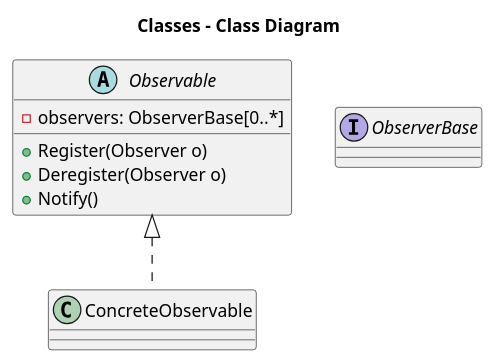
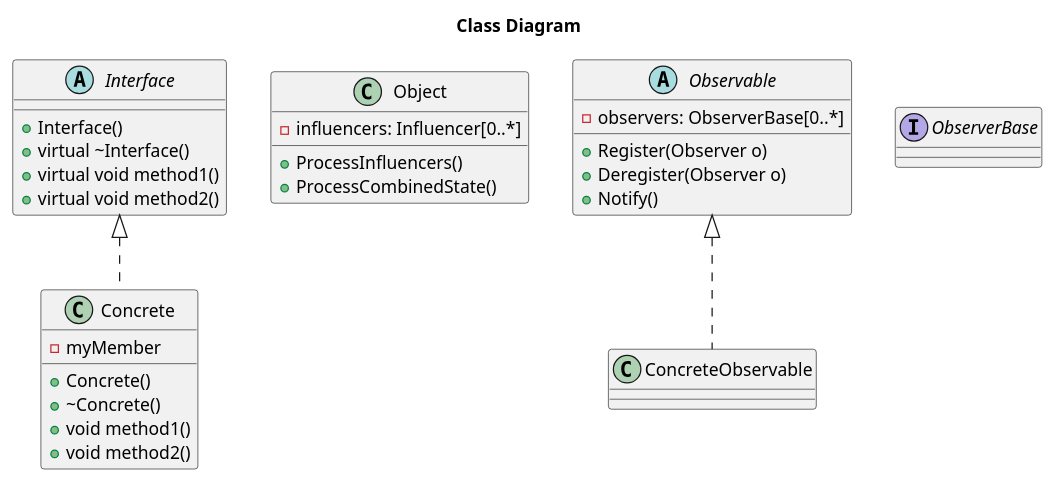
Before and after one commit to CAPeddle/particle_model: the diagram in class diagram.plantuml, drawn with PlantUML.

Commit message:
start influencer interface

```diff
--- a/class diagram.plantuml
+++ b/class diagram.plantuml
@@ -1,24 +1,57 @@
 @startuml
 
-title Classes - Class Diagram
+title Class Diagram
+
+
+abstract class Interface
+{
+    +Interface()
+    +virtual ~Interface()
+    +virtual void method1()    
+                                   
+    +virtual void method2()
+}
+
+Interface <|.. Concrete
+
+class Concrete
+{
+-myMember
+
+
+    +Concrete()
+    +~Concrete()
+    +void method1()
+    +void method2()
+}
+
+
+class Object {
+	- influencers: Influencer[0..*]
+
+	+ProcessInfluencers()
+	+ProcessCombinedState()
+	
+}
+
 
 abstract class Observable
 
 Observable <|.. ConcreteObservable
 
 
 abstract class Observable{
  -observers: ObserverBase[0..*]
 
  +Register(Observer o)
  +Deregister(Observer o)
  +Notify()
 }
 
 class ConcreteObservable
 
 
 interface ObserverBase
 
 
 @enduml
```
